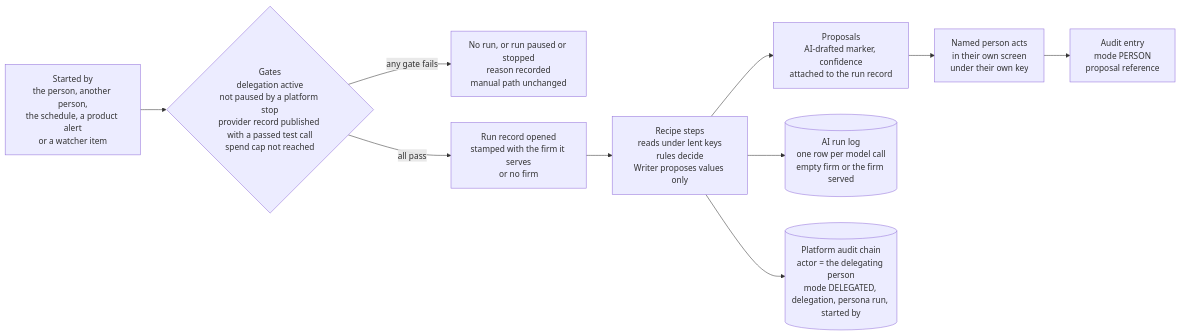
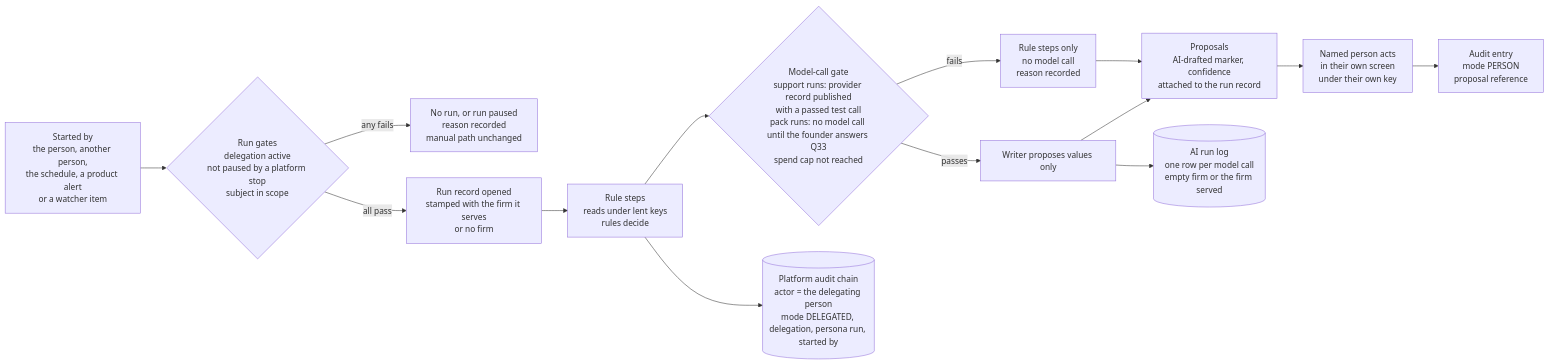
Before and after one commit to ranjan-expatready/xpatready: the first of 4 diagrams in ai-workers/requirements/AW-02-platform-ai-assistants_v0.1.md, drawn with Mermaid. The commit also changed other lines of this file and 6 other files, not shown here.

Commit message:
WS2 Step 3: AG third round received; change-n rename in AW-01 and plan; calls recorded; CN-SA-12 paraphrase fixed

````diff
--- a/ai-workers/requirements/AW-02-platform-ai-assistants_v0.1.md
+++ b/ai-workers/requirements/AW-02-platform-ai-assistants_v0.1.md
@@ -99,12 +103,16 @@
 ```mermaid
 flowchart LR
-    T[Started by<br/>the person, another person,<br/>the schedule, a product alert<br/>or a watcher item] --> G{Gates<br/>delegation active<br/>not paused by a platform stop<br/>provider record published with a passed test call<br/>spend cap not reached}
-    G -->|any gate fails| S[No run, or run paused or stopped<br/>reason recorded<br/>manual path unchanged]
+    T[Started by<br/>the person, another person,<br/>the schedule, a product alert<br/>or a watcher item] --> G{Run gates<br/>delegation active<br/>not paused by a platform stop<br/>subject in scope}
+    G -->|any fails| S[No run, or run paused<br/>reason recorded<br/>manual path unchanged]
     G -->|all pass| R[Run record opened<br/>stamped with the firm it serves<br/>or no firm]
-    R --> STEP[Recipe steps<br/>reads under lent keys<br/>rules decide<br/>Writer proposes values only]
-    STEP --> P[Proposals<br/>AI-drafted marker, confidence<br/>attached to the run record]
+    R --> STEP[Rule steps<br/>reads under lent keys<br/>rules decide]
+    STEP --> MG{Model-call gate<br/>support runs: provider record published<br/>with a passed test call<br/>pack runs: no model call until the founder answers Q33<br/>spend cap not reached}
+    MG -->|passes| W[Writer proposes values only]
+    MG -->|fails| N[Rule steps only<br/>no model call<br/>reason recorded]
+    W --> P[Proposals<br/>AI-drafted marker, confidence<br/>attached to the run record]
+    N --> P
     P --> H[Named person acts<br/>in their own screen<br/>under their own key]
     H --> A[Audit entry<br/>mode PERSON<br/>proposal reference]
-    STEP --> L[(AI run log<br/>one row per model call<br/>empty firm or the firm served)]
+    W --> L[(AI run log<br/>one row per model call<br/>empty firm or the firm served)]
     STEP --> AU[(Platform audit chain<br/>actor = the delegating person<br/>mode DELEGATED, delegation, persona run, started by)]
 ```
````
